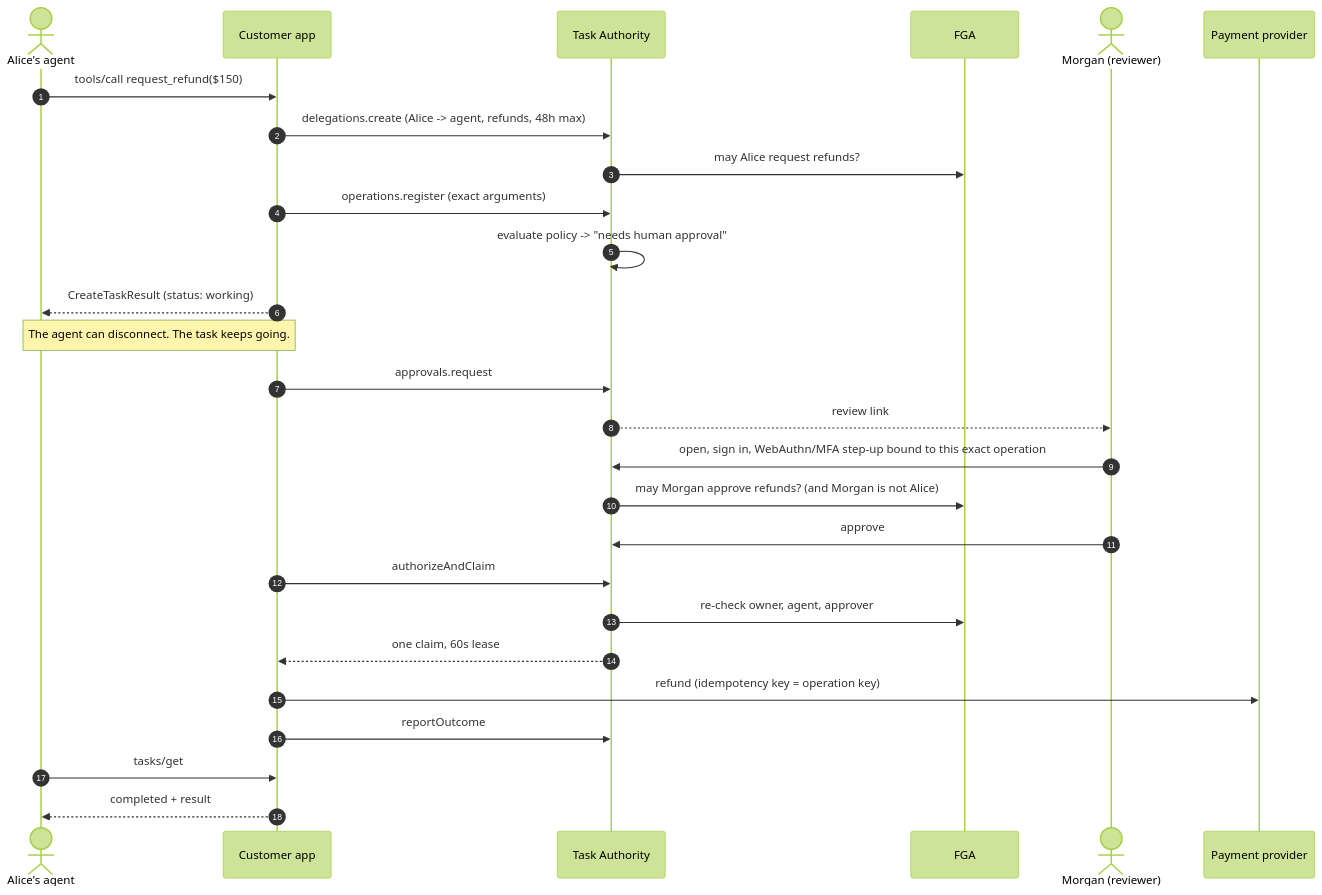
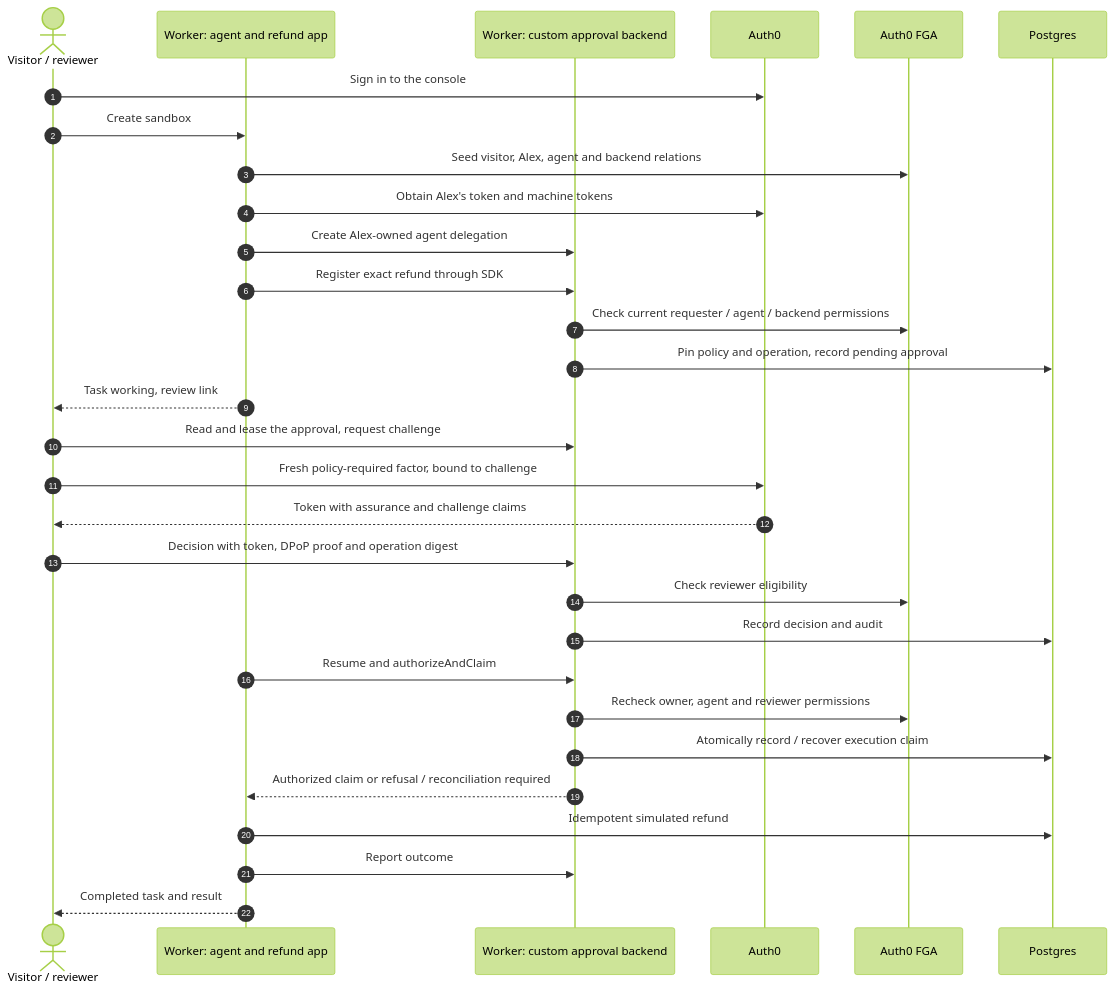
The second of 3 diagrams in docs/architecture.md (bharath31/mcp-tasks), drawn with Mermaid (forest theme) before and after one commit. The commit also changed other lines of this file and 34 other files, not shown here.

First line of the commit message:
Correct documentation against the implemented approval architecture (#7)

````diff
--- a/docs/architecture.md
+++ b/docs/architecture.md
@@ -60,32 +63,33 @@
 ```mermaid
 sequenceDiagram
     autonumber
-    actor Alice as Alice's agent
-    participant App as Customer app
-    participant TA as Task Authority
-    participant FGA
-    actor Morgan as Morgan (reviewer)
-    participant Pay as Payment provider
+    actor Visitor as Visitor / reviewer
+    participant App as Worker: agent and refund app
+    participant TA as Worker: custom approval backend
+    participant A0 as Auth0
+    participant FGA as Auth0 FGA
+    participant DB as Postgres
 
-    Alice->>App: tools/call request_refund($150)
-    App->>TA: delegations.create (Alice -> agent, refunds, 48h max)
-    TA->>FGA: may Alice request refunds?
-    App->>TA: operations.register (exact arguments)
-    TA->>TA: evaluate policy -> "needs human approval"
-    App-->>Alice: CreateTaskResult (status: working)
-    Note over Alice,App: The agent can disconnect. The task keeps going.
-
-    App->>TA: approvals.request
-    TA-->>Morgan: review link
-    Morgan->>TA: open, sign in, WebAuthn/MFA step-up bound to this exact operation
-    TA->>FGA: may Morgan approve refunds? (and Morgan is not Alice)
-    Morgan->>TA: approve
-
-    App->>TA: authorizeAndClaim
-    TA->>FGA: re-check owner, agent, approver
-    TA-->>App: one claim, 60s lease
-    App->>Pay: refund (idempotency key = operation key)
-    App->>TA: reportOutcome
-    Alice->>App: tasks/get
-    App-->>Alice: completed + result
+    Visitor->>A0: Sign in to the console
+    Visitor->>App: Create sandbox
+    App->>FGA: Seed visitor, Alex, agent and backend relations
+    App->>A0: Obtain Alex's token and machine tokens
+    App->>TA: Create Alex-owned agent delegation
+    App->>TA: Register exact refund through SDK
+    TA->>FGA: Check current requester / agent / backend permissions
+    TA->>DB: Pin policy and operation, record pending approval
+    App-->>Visitor: Task working, review link
+    Visitor->>TA: Read and lease the approval, request challenge
+    Visitor->>A0: Fresh policy-required factor, bound to challenge
+    A0-->>Visitor: Token with assurance and challenge claims
+    Visitor->>TA: Decision with token, DPoP proof and operation digest
+    TA->>FGA: Check reviewer eligibility
+    TA->>DB: Record decision and audit
+    App->>TA: Resume and authorizeAndClaim
+    TA->>FGA: Recheck owner, agent and reviewer permissions
+    TA->>DB: Atomically record / recover execution claim
+    TA-->>App: Authorized claim or refusal / reconciliation required
+    App->>DB: Idempotent simulated refund
+    App->>TA: Report outcome
+    App-->>Visitor: Completed task and result
 ```
````
